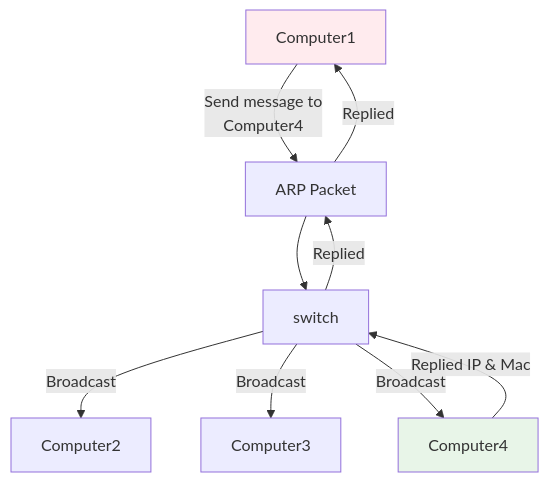
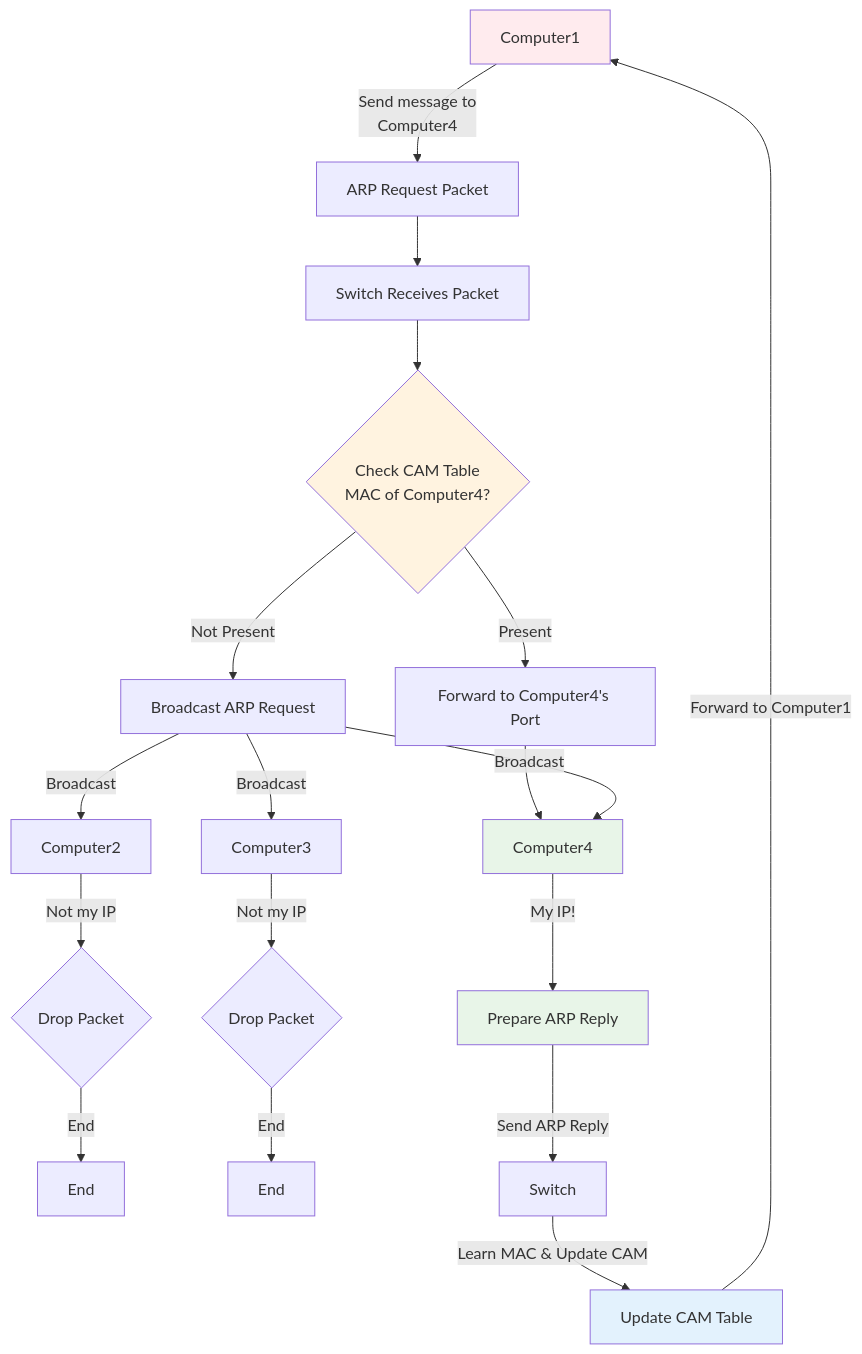
The second of 2 diagrams in Networking ccna (Cisco )/Fundamentals/LAN (Local Area Network).md (lawrence-innovative-tech/java), drawn with Mermaid before and after one commit. The commit also changed 1 other file, not shown here.

Commit message:
vault backup: 2025-10-17 11:23:13

````diff
--- a/Networking ccna (Cisco )/Fundamentals/LAN (Local Area Network).md
+++ b/Networking ccna (Cisco )/Fundamentals/LAN (Local Area Network).md
@@ -51,15 +52,31 @@
-```mermaid
+```mermaid copy
 graph TD
-    c1[Computer1] -->|Send message to <br> Computer4| A[ARP Packet]
-    A --> H[switch] 
+    c1[Computer1] -->|Send message to <br> Computer4| A[ARP Request Packet]
+    A --> CAM[Switch Receives Packet]
+    CAM --> CT{Check CAM Table<br/>MAC of Computer4?}
+    
+    CT -->|Present| F[Forward to Computer4's Port]
+    CT -->|Not Present| H[Broadcast ARP Request]
+    
+    F --> c4[Computer4]
     H -->|Broadcast| c2[Computer2]
     H -->|Broadcast| c3[Computer3]
     H -->|Broadcast| c4[Computer4]
-
-    c4 -->|Replied IP & Mac| H
-     H --> |Replied| A
-     A --> |Replied| c1[Computer1]
-     
+    
+    c2 -->|Not my IP| D1{Drop Packet}
+    c3 -->|Not my IP| D2{Drop Packet}
+    c4 -->|My IP!| R[Prepare ARP Reply]
+    
+    D1 -->|End| E1[End]
+    D2 -->|End| E2[End]
+    
+    R -->|Send ARP Reply| H2[Switch]
+    H2 -->|Learn MAC & Update CAM| LU[Update CAM Table]
+    LU -->|Forward to Computer1| c1
+    
     style c1 fill:#ffebee
     style c4 fill:#e8f5e8
+    style R fill:#e8f5e8
+    style CT fill:#fff3e0
+    style LU fill:#e3f2fd
 ```
````
